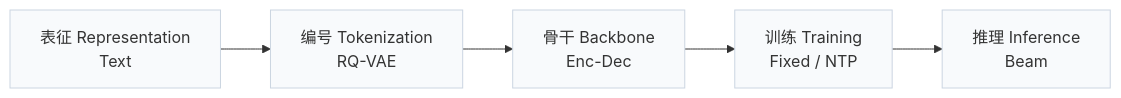
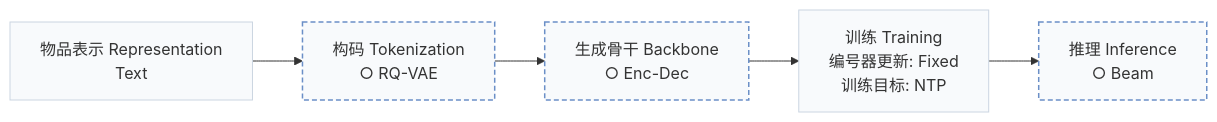
The first of 4 diagrams in pages/zh/papers/tiger.md (Galaxy-ghost/Awesome-SID-Generative-Rec), drawn with Mermaid before and after one commit. The commit also changed other lines of this file and 558 other files, not shown here.

````diff
--- a/pages/zh/papers/tiger.md
+++ b/pages/zh/papers/tiger.md
@@ -15,6 +19,8 @@
 ```mermaid
 flowchart LR
-    R["表征 Representation<br/>Text"] --> T["编号 Tokenization<br/>RQ-VAE"] --> B["骨干 Backbone<br/>Enc-Dec"] --> TR["训练 Training<br/>Fixed / NTP"] --> I["推理 Inference<br/>Beam"]
+    R["物品表示 Representation<br/>Text"] --> T["构码 Tokenization<br/>○ RQ-VAE"] --> B["生成骨干 Backbone<br/>○ Enc-Dec"] --> TR["训练 Training<br/>编号器更新: Fixed<br/>训练目标: NTP"] --> I["推理 Inference<br/>○ Beam"]
     classDef base fill:#f8fafc,stroke:#cbd5e1
     class R,T,B,TR,I base
+    classDef other fill:#f8fafc,stroke:#6b8fc7,stroke-width:1.5px,stroke-dasharray:5 3
+    class T,B,I other
 ```
````
